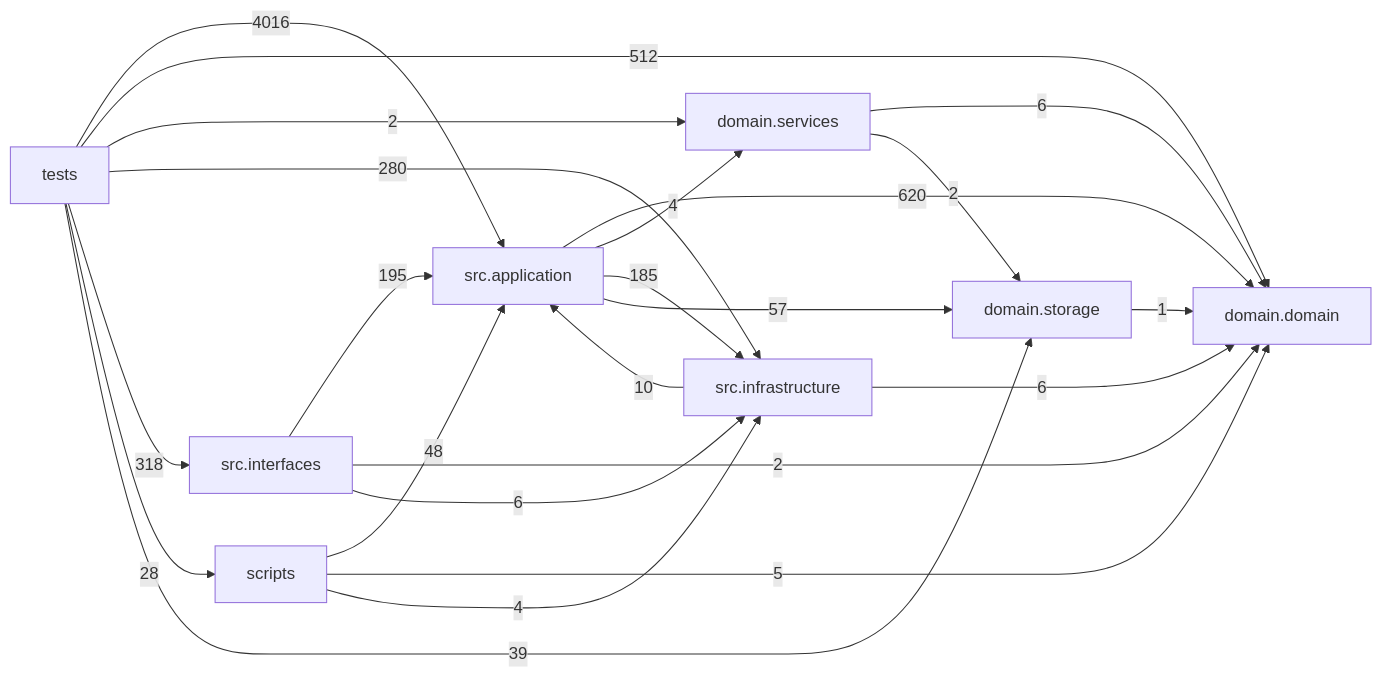
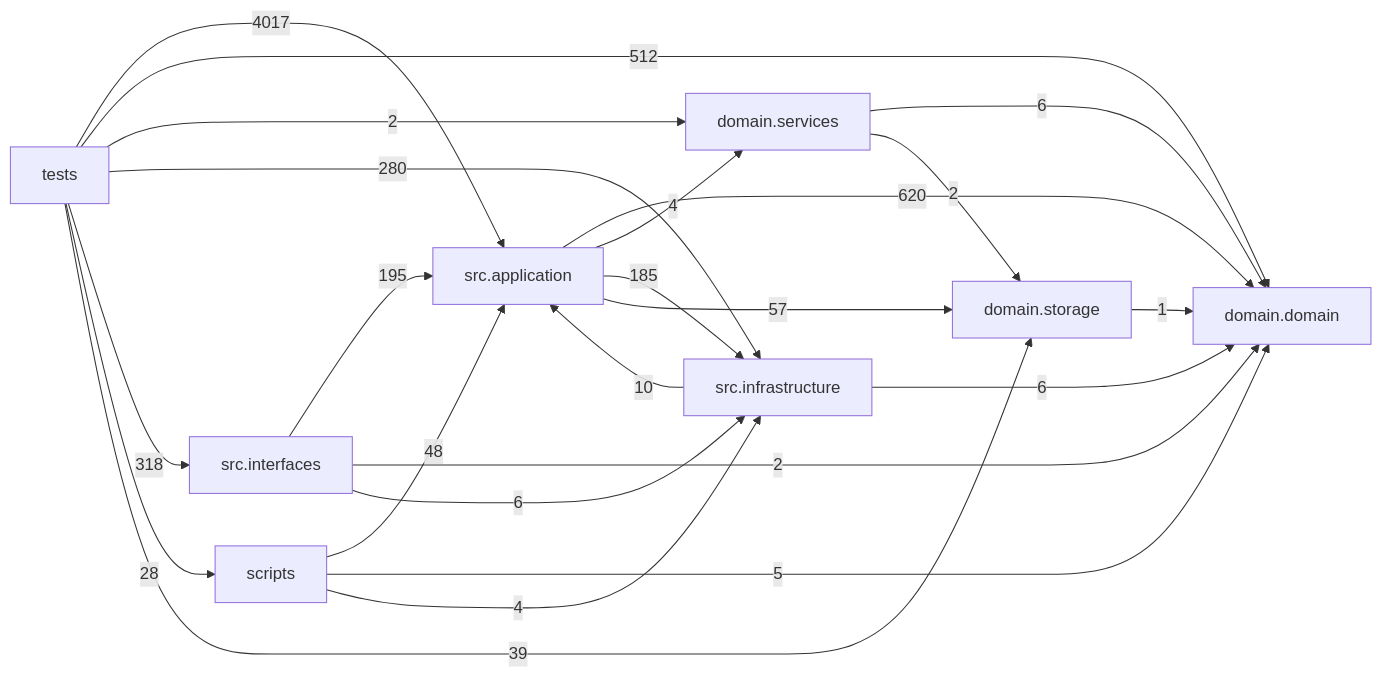
The diagram in docs/DEPENDENCY_GRAPH.md (liuxie066/options-monitor), drawn with Mermaid before and after one commit. The commit also changed other lines of this file and 5 other files, not shown here.

````diff
--- a/docs/DEPENDENCY_GRAPH.md
+++ b/docs/DEPENDENCY_GRAPH.md
@@ -24,33 +24,33 @@
 ```mermaid
 flowchart LR
   tests["tests"]
   scripts["scripts"]
   interfaces["src.interfaces"]
   application["src.application"]
   infrastructure["src.infrastructure"]
   domain_services["domain.services"]
   domain["domain.domain"]
   storage["domain.storage"]
   application -->|620| domain
   application -->|4| domain_services
   application -->|185| infrastructure
   application -->|57| storage
   domain_services -->|6| domain
   domain_services -->|2| storage
   infrastructure -->|10| application
   infrastructure -->|6| domain
   interfaces -->|195| application
   interfaces -->|2| domain
   interfaces -->|6| infrastructure
   scripts -->|48| application
   scripts -->|5| domain
   scripts -->|4| infrastructure
   storage -->|1| domain
-  tests -->|4016| application
+  tests -->|4017| application
   tests -->|512| domain
   tests -->|2| domain_services
   tests -->|280| infrastructure
   tests -->|318| interfaces
   tests -->|28| scripts
   tests -->|39| storage
 ```
````
